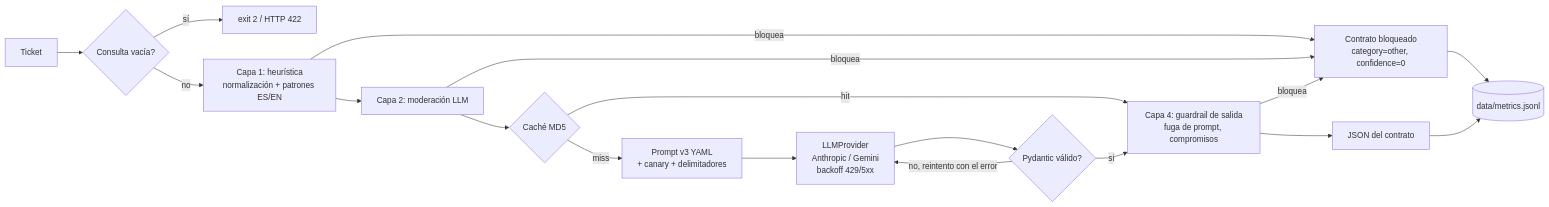
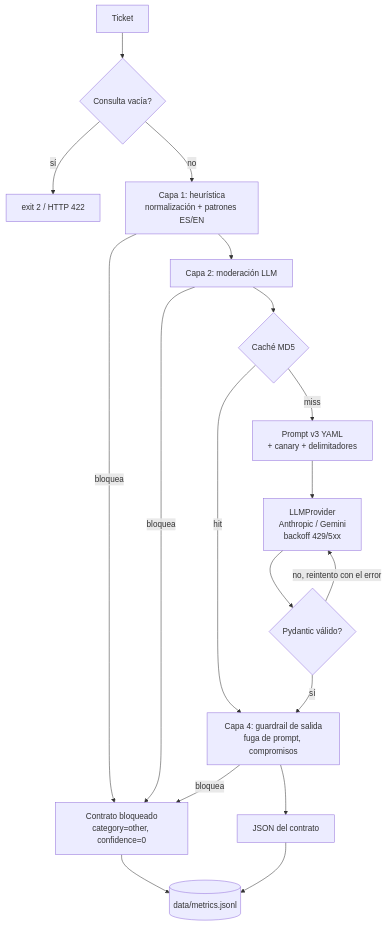
Before and after one commit to emanuelmartinzarate/nubbix-support-triage: the diagram in README.md, drawn with Mermaid.

Commit message:
docs(readme): diagrama de arquitectura en vertical

````diff
--- a/README.md
+++ b/README.md
@@ -25,20 +25,20 @@
 ```mermaid
-flowchart LR
+flowchart TD
     Q[Ticket] --> E{Consulta vacía?}
     E -- sí --> X[exit 2 / HTTP 422]
     E -- no --> G1[Capa 1: heurística<br/>normalización + patrones ES/EN]
     G1 -- bloquea --> B[Contrato bloqueado<br/>category=other, confidence=0]
     G1 --> G2[Capa 2: moderación LLM]
     G2 -- bloquea --> B
     G2 --> C{Caché MD5}
     C -- hit --> O
     C -- miss --> P[Prompt v3 YAML<br/>+ canary + delimitadores]
     P --> L[LLMProvider<br/>Anthropic / Gemini<br/>backoff 429/5xx]
     L --> V{Pydantic válido?}
     V -- no, reintento con el error --> L
     V -- sí --> O[Capa 4: guardrail de salida<br/>fuga de prompt, compromisos]
     O -- bloquea --> B
     O --> R[JSON del contrato]
     B --> M[(data/metrics.jsonl)]
     R --> M
 ```
````
